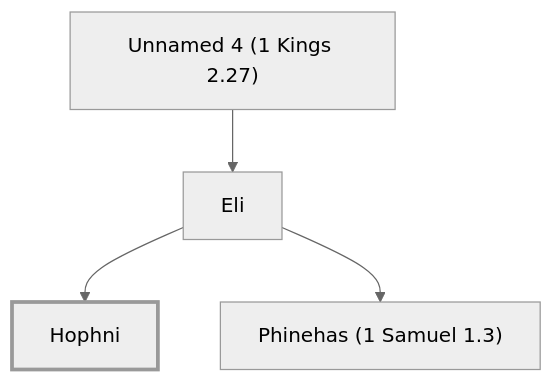
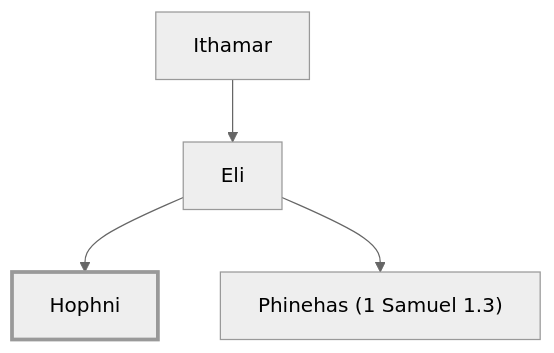
One commit to jeffdehut/Bible changed the diagram in connections/people/Hophni.md. Above: the diagram before and after it, drawn with Mermaid (neutral theme). The commit also changed other lines of this file and 50 other files, not shown here.

````diff
--- a/connections/people/Hophni.md
+++ b/connections/people/Hophni.md
@@ -37,12 +35,12 @@
 ```mermaid
 flowchart TB
   n0["Hophni"]:::me
-  n1["Unnamed 4 (1 Kings 2.27)"]
+  n1["Ithamar"]
   n2["Eli"]
   n1 --> n2
   n2 --> n0
   n3["Phinehas (1 Samuel 1.3)"]
   n2 --> n3
   classDef me stroke-width:3px
   classDef spouse stroke-dasharray:4
 ```
````
